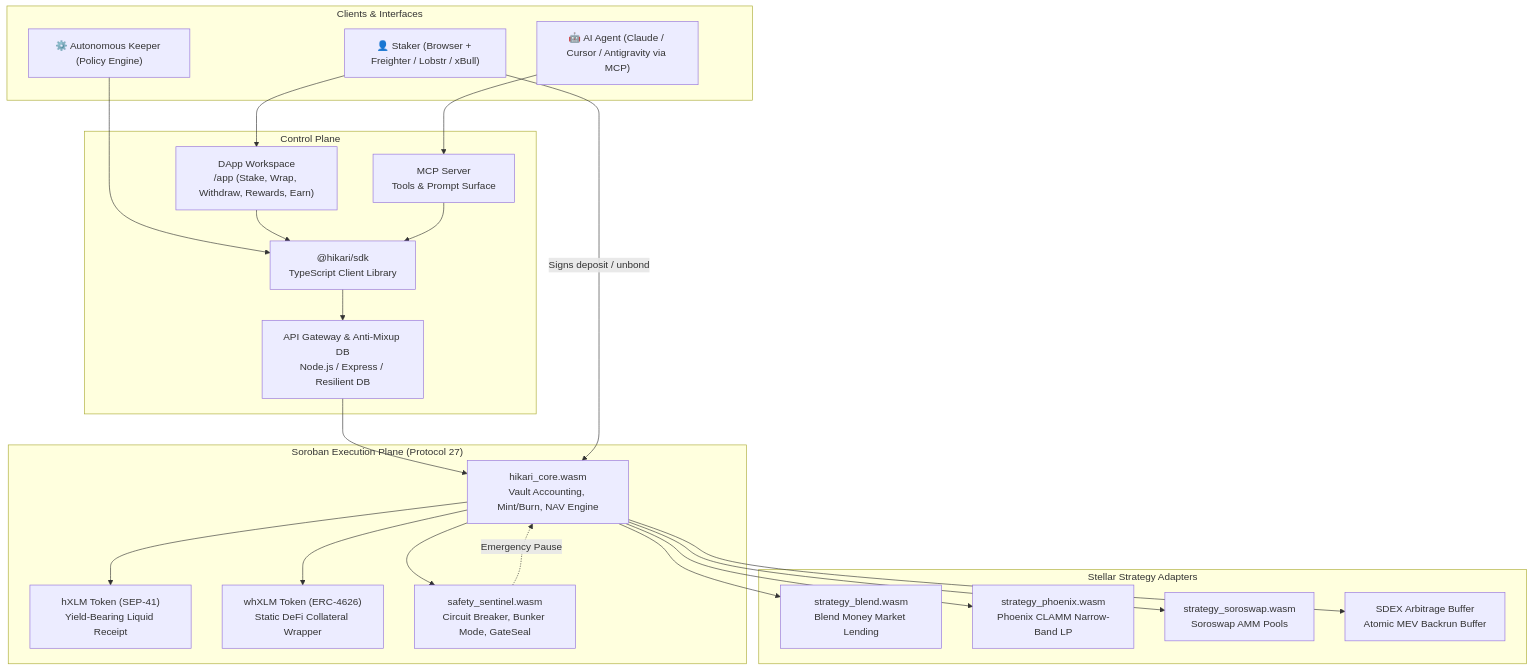
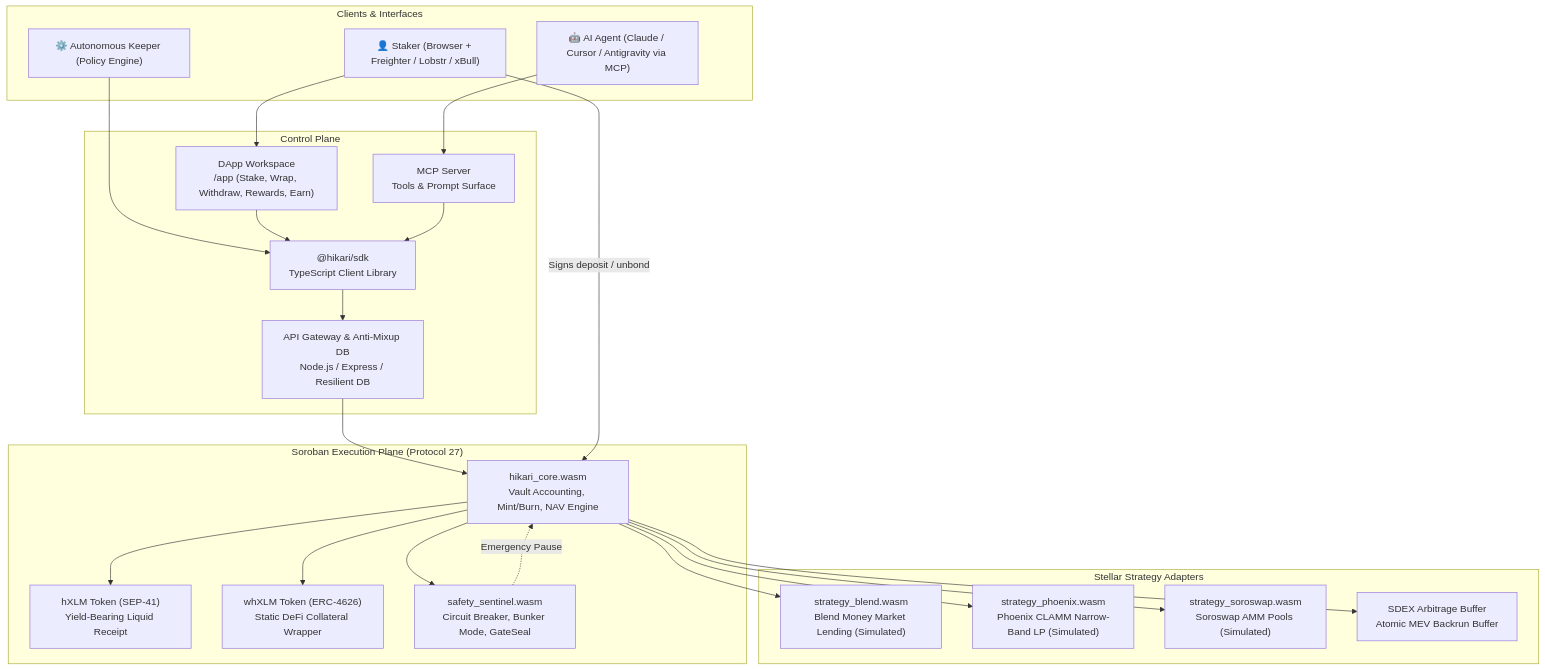
The first of 4 diagrams in docs/ARCHITECTURE.md (Hikari-St/hikari), drawn with Mermaid before and after one commit. The commit also changed other lines of this file and 43 other files, not shown here.

````diff
--- a/docs/ARCHITECTURE.md
+++ b/docs/ARCHITECTURE.md
@@ -30,46 +30,46 @@
 ```mermaid
 flowchart TB
   subgraph Clients["Clients & Interfaces"]
     User["👤 Staker (Browser + Freighter / Lobstr / xBull)"]
     Agent["🤖 AI Agent (Claude / Cursor / Antigravity via MCP)"]
     Keeper["⚙️ Autonomous Keeper (Policy Engine)"]
   end
 
   subgraph Control["Control Plane"]
     WebUI["DApp Workspace\n/app (Stake, Wrap, Withdraw, Rewards, Earn)"]
     SDK["@hikari/sdk\nTypeScript Client Library"]
     MCPServer["MCP Server\nTools & Prompt Surface"]
     API["API Gateway & Anti-Mixup DB\nNode.js / Express / Resilient DB"]
   end
 
   subgraph CoreContracts["Soroban Execution Plane (Protocol 27)"]
     Core["hikari_core.wasm\nVault Accounting, Mint/Burn, NAV Engine"]
     hXLM["hXLM Token (SEP-41)\nYield-Bearing Liquid Receipt"]
     whXLM["whXLM Token (ERC-4626)\nStatic DeFi Collateral Wrapper"]
     Sentinel["safety_sentinel.wasm\nCircuit Breaker, Bunker Mode, GateSeal"]
   end
 
   subgraph Strategies["Stellar Strategy Adapters"]
-    StratBlend["strategy_blend.wasm\nBlend Money Market Lending"]
-    StratPhoenix["strategy_phoenix.wasm\nPhoenix CLAMM Narrow-Band LP"]
-    StratSoroswap["strategy_soroswap.wasm\nSoroswap AMM Pools"]
+    StratBlend["strategy_blend.wasm\nBlend Money Market Lending (Simulated)"]
+    StratPhoenix["strategy_phoenix.wasm\nPhoenix CLAMM Narrow-Band LP (Simulated)"]
+    StratSoroswap["strategy_soroswap.wasm\nSoroswap AMM Pools (Simulated)"]
     SDEXBuffer["SDEX Arbitrage Buffer\nAtomic MEV Backrun Buffer"]
   end
 
   User --> WebUI
   Agent --> MCPServer
   Keeper --> SDK
   WebUI --> SDK
   MCPServer --> SDK
   SDK --> API
   API --> Core
   User -->|Signs deposit / unbond| Core
   Core --> hXLM
   Core --> whXLM
   Core --> Sentinel
   Core --> StratBlend
   Core --> StratPhoenix
   Core --> StratSoroswap
   Core --> SDEXBuffer
   Sentinel -.->|Emergency Pause| Core
 ```
````
